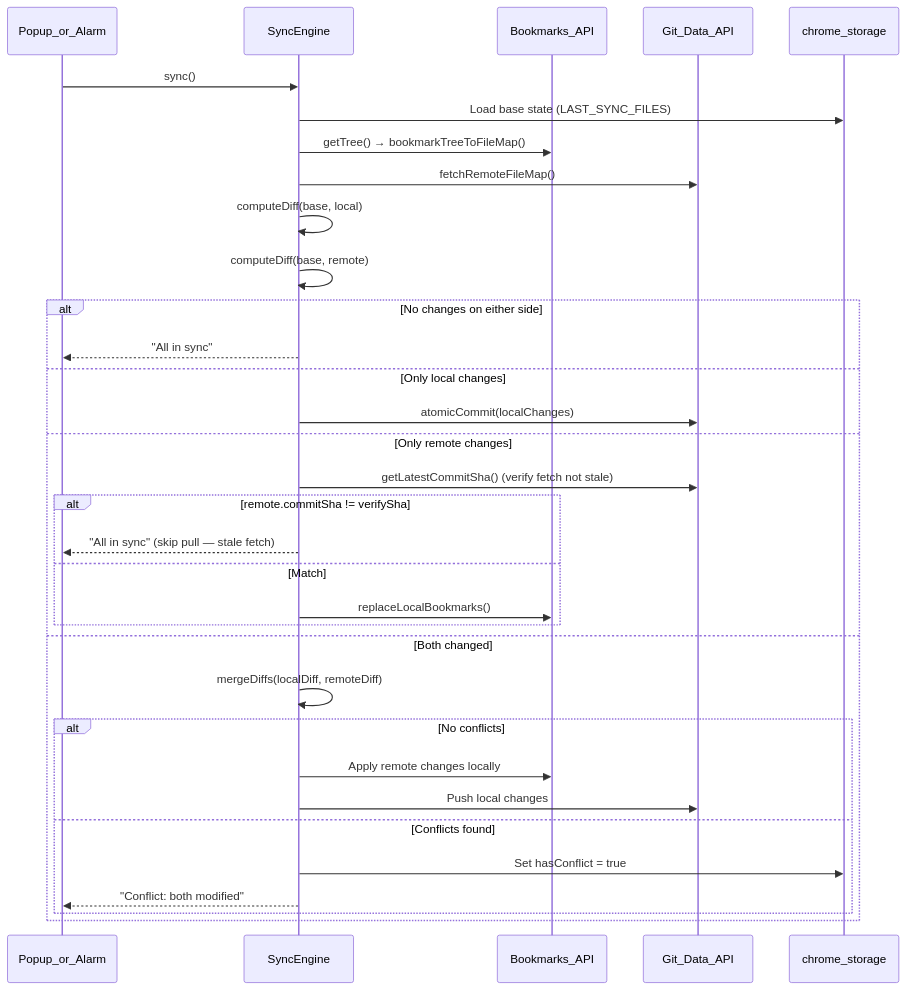
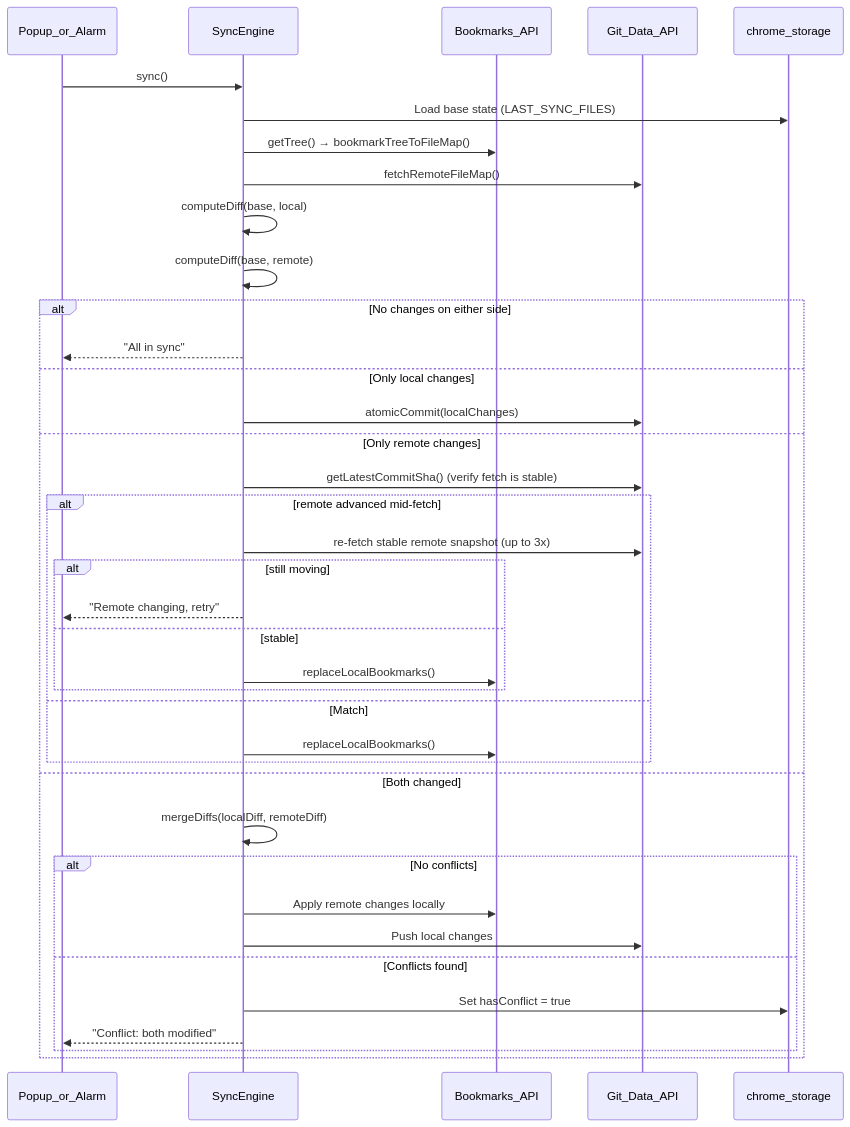
Before and after one commit to d0dg3r/GitSyncMarks: the fourth of 4 diagrams in docs/SYNC-LOGIC.md, drawn with Mermaid. The commit also changed other lines of this file and 37 other files, not shown here.

````diff
--- a/docs/SYNC-LOGIC.md
+++ b/docs/SYNC-LOGIC.md
@@ -80,38 +80,43 @@
 ```mermaid
 sequenceDiagram
     participant UI as Popup_or_Alarm
     participant SE as SyncEngine
     participant BM as Bookmarks_API
     participant GH as Git_Data_API
     participant Storage as chrome_storage
 
     UI->>SE: sync()
     SE->>Storage: Load base state (LAST_SYNC_FILES)
     SE->>BM: getTree() → bookmarkTreeToFileMap()
     SE->>GH: fetchRemoteFileMap()
 
     SE->>SE: computeDiff(base, local)
     SE->>SE: computeDiff(base, remote)
 
     alt No changes on either side
         SE-->>UI: "All in sync"
     else Only local changes
         SE->>GH: atomicCommit(localChanges)
     else Only remote changes
-        SE->>GH: getLatestCommitSha() (verify fetch not stale)
-        alt remote.commitSha != verifySha
-            SE-->>UI: "All in sync" (skip pull — stale fetch)
+        SE->>GH: getLatestCommitSha() (verify fetch is stable)
+        alt remote advanced mid-fetch
+            SE->>GH: re-fetch stable remote snapshot (up to 3x)
+            alt still moving
+                SE-->>UI: "Remote changing, retry"
+            else stable
+                SE->>BM: replaceLocalBookmarks()
+            end
         else Match
             SE->>BM: replaceLocalBookmarks()
         end
     else Both changed
         SE->>SE: mergeDiffs(localDiff, remoteDiff)
         alt No conflicts
             SE->>BM: Apply remote changes locally
             SE->>GH: Push local changes
         else Conflicts found
             SE->>Storage: Set hasConflict = true
             SE-->>UI: "Conflict: both modified"
         end
     end
 ```
````
